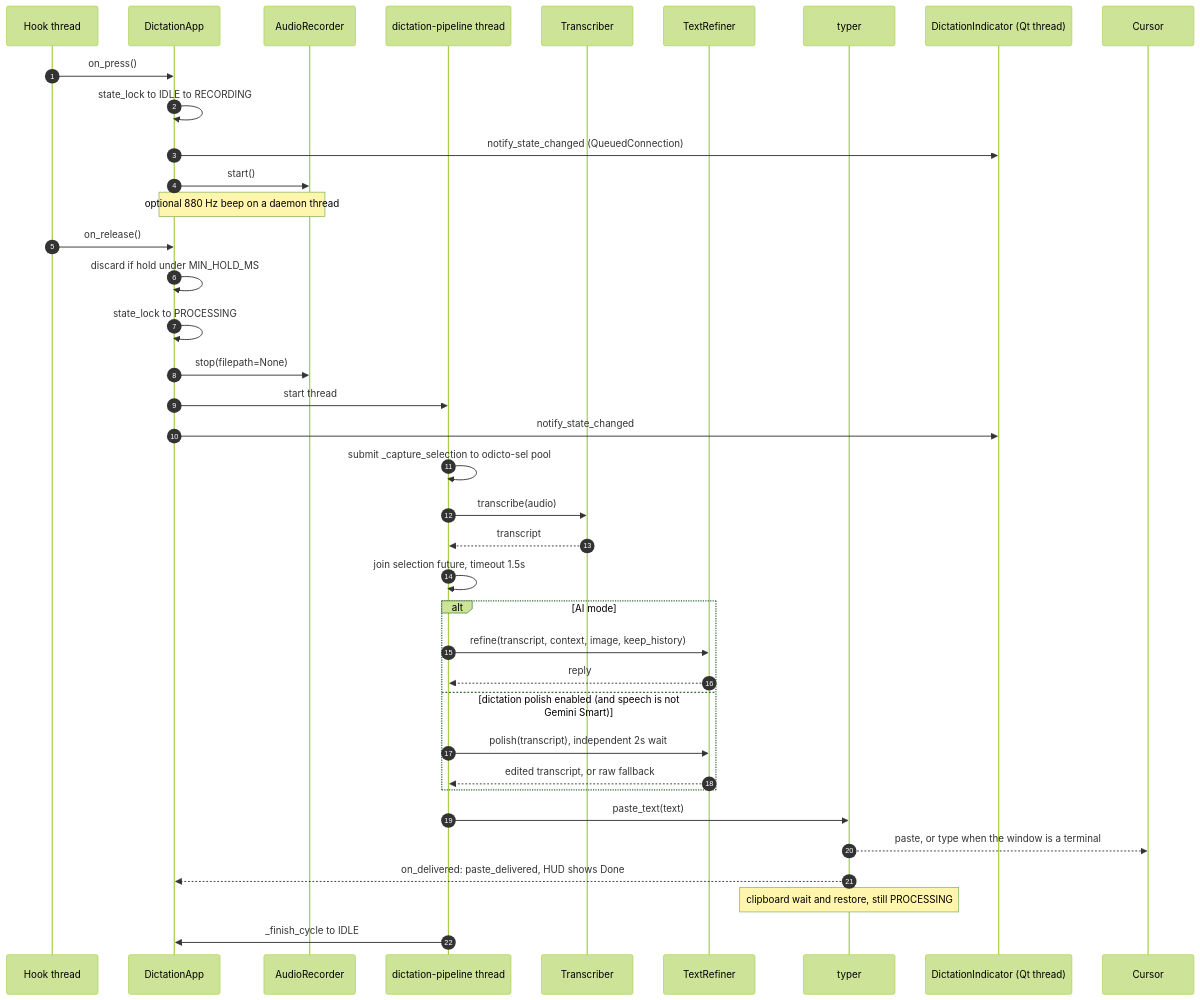
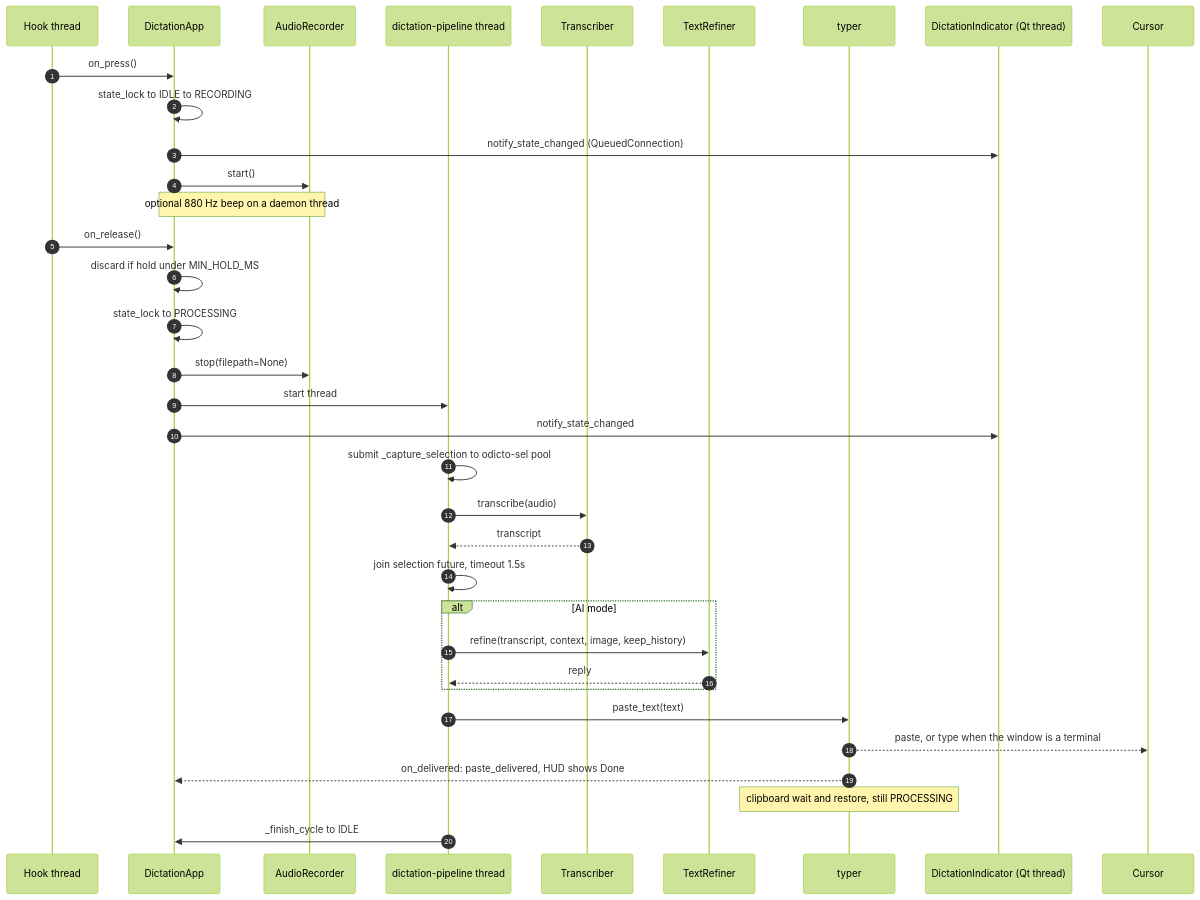
Before and after one commit to Gargeya-Grey/Odicto: the third of 7 diagrams in docs/architecture.md, drawn with Mermaid (forest theme). The commit also changed other lines of this file and 23 other files, not shown here.

````diff
--- a/docs/architecture.md
+++ b/docs/architecture.md
@@ -303,42 +303,39 @@
 ```mermaid
 sequenceDiagram
     autonumber
     participant Hook as Hook thread
     participant App as DictationApp
     participant Rec as AudioRecorder
     participant Pipe as dictation-pipeline thread
     participant STT as Transcriber
     participant LLM as TextRefiner
     participant Typ as typer
     participant HUD as DictationIndicator (Qt thread)
 
     Hook->>App: on_press()
     App->>App: state_lock to IDLE to RECORDING
     App->>HUD: notify_state_changed (QueuedConnection)
     App->>Rec: start()
     Note over App,Rec: optional 880 Hz beep on a daemon thread
 
     Hook->>App: on_release()
     App->>App: discard if hold under MIN_HOLD_MS
     App->>App: state_lock to PROCESSING
     App->>Rec: stop(filepath=None)
     App->>Pipe: start thread
     App->>HUD: notify_state_changed
 
     Pipe->>Pipe: submit _capture_selection to odicto-sel pool
     Pipe->>STT: transcribe(audio)
     STT-->>Pipe: transcript
     Pipe->>Pipe: join selection future, timeout 1.5s
     alt AI mode
         Pipe->>LLM: refine(transcript, context, image, keep_history)
         LLM-->>Pipe: reply
-    else dictation polish enabled (and speech is not Gemini Smart)
-        Pipe->>LLM: polish(transcript), independent 2s wait
-        LLM-->>Pipe: edited transcript, or raw fallback
     end
     Pipe->>Typ: paste_text(text)
     Typ-->>Cursor: paste, or type when the window is a terminal
     Typ-->>App: on_delivered: paste_delivered, HUD shows Done
     Note over Typ: clipboard wait and restore, still PROCESSING
     Pipe->>App: _finish_cycle to IDLE
 ```
````
